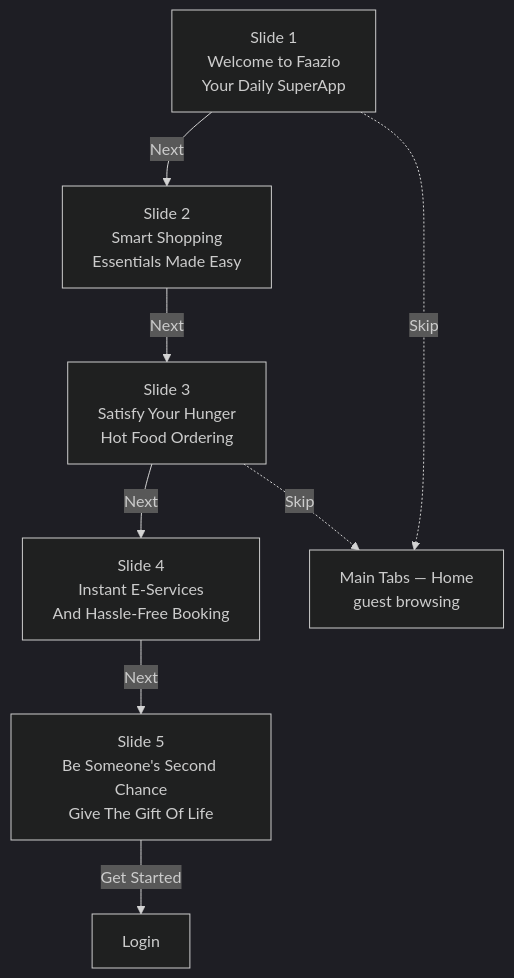
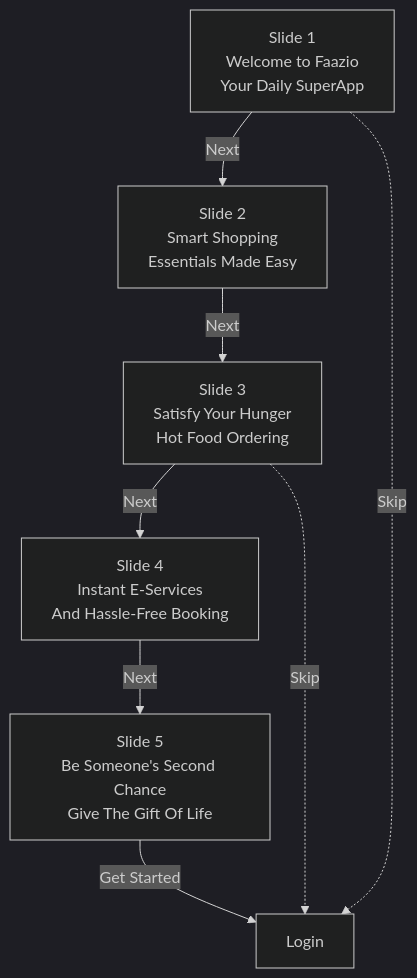
Before and after one commit to faazio-official/faazio-workspace: the third of 24 diagrams in docs/FAAZIO_USER_FLOW_GUIDE.md, drawn with Mermaid (dark theme). The commit also changed other lines of this file and 12 other files, not shown here.

````diff
--- a/docs/FAAZIO_USER_FLOW_GUIDE.md
+++ b/docs/FAAZIO_USER_FLOW_GUIDE.md
@@ -146,17 +151,17 @@
 ```mermaid
 flowchart TD
   S1["Slide 1<br/>Welcome to Faazio<br/>Your Daily SuperApp"]
   S2["Slide 2<br/>Smart Shopping<br/>Essentials Made Easy"]
   S3["Slide 3<br/>Satisfy Your Hunger<br/>Hot Food Ordering"]
   S4["Slide 4<br/>Instant E-Services<br/>And Hassle-Free Booking"]
   S5["Slide 5<br/>Be Someone's Second Chance<br/>Give The Gift Of Life"]
   LOGIN["Login"]
 
   S1 -->|"Next"| S2
   S2 -->|"Next"| S3
   S3 -->|"Next"| S4
   S4 -->|"Next"| S5
   S5 -->|"Get Started"| LOGIN
-  S1 -.->|"Skip"| TABS["Main Tabs — Home<br/>guest browsing"]
-  S3 -.->|"Skip"| TABS
+  S1 -.->|"Skip"| LOGIN
+  S3 -.->|"Skip"| LOGIN
 ```
````
